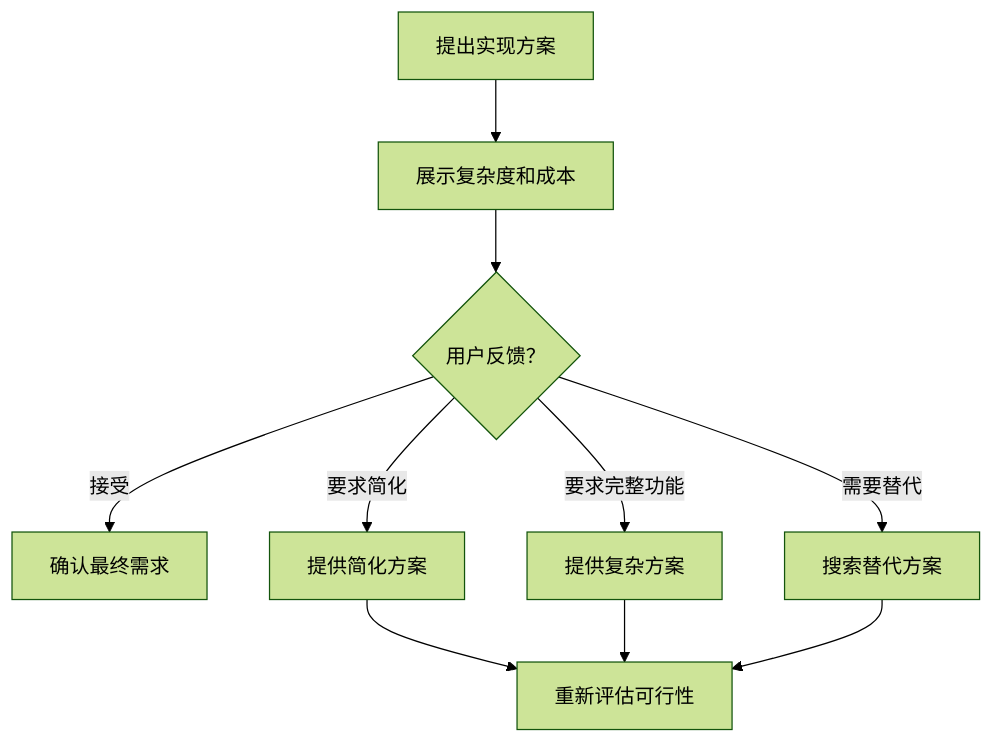
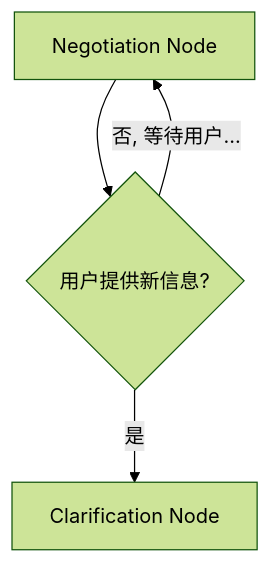
Before and after one commit to CurvatureX/agent_team_monorepo: the third of 7 diagrams in docs/tech-design/workflow-agent-architecture.md, drawn with Mermaid (forest theme). The commit also changed other lines of this file, not shown here.

Commit message:
update architecture design

````diff
--- a/docs/tech-design/workflow-agent-architecture.md
+++ b/docs/tech-design/workflow-agent-architecture.md
@@ -477,12 +100,6 @@
 ```mermaid
 graph TD
-    A[提出实现方案] --> B[展示复杂度和成本]
-    B --> C{用户反馈？}
-    C -->|接受| D[确认最终需求]
-    C -->|要求简化| E[提供简化方案]
-    C -->|要求完整功能| F[提供复杂方案]
-    C -->|需要替代| G[搜索替代方案]
-    E --> H[重新评估可行性]
-    F --> H
-    G --> H
+    A[Negotiation Node] --> B{用户提供新信息?}
+    B -->|是| C[Clarification Node]
+    B -->|否, 等待用户...| A
 ```
````
